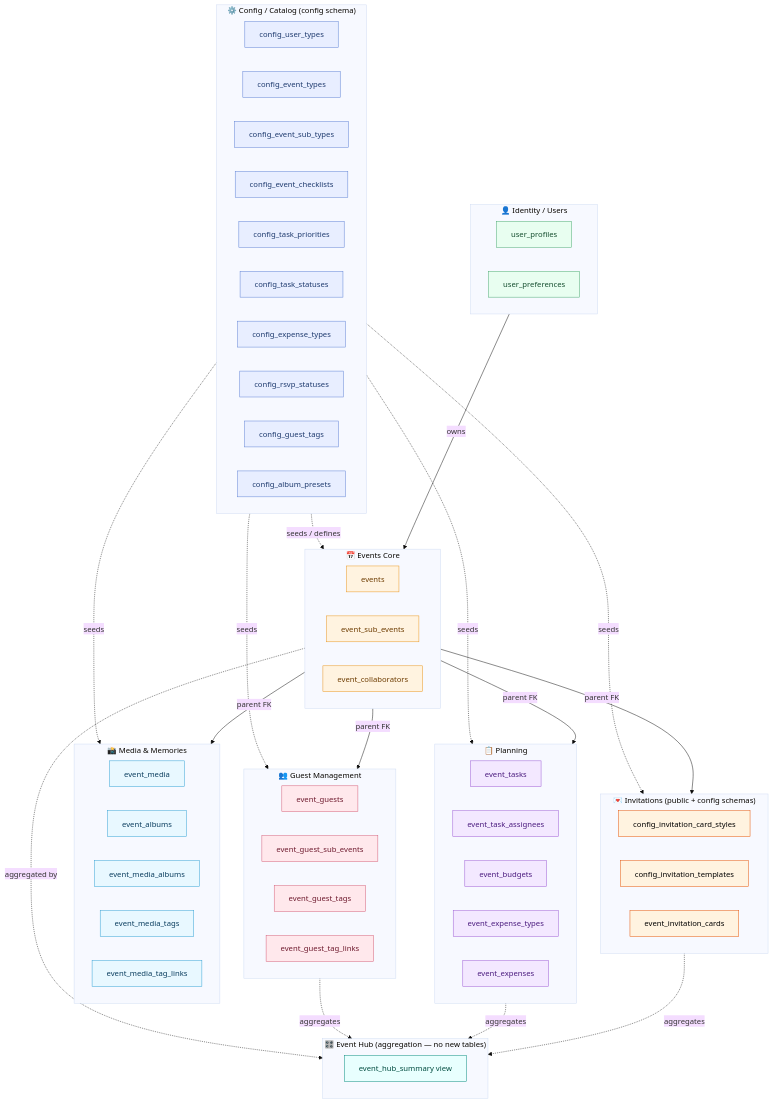
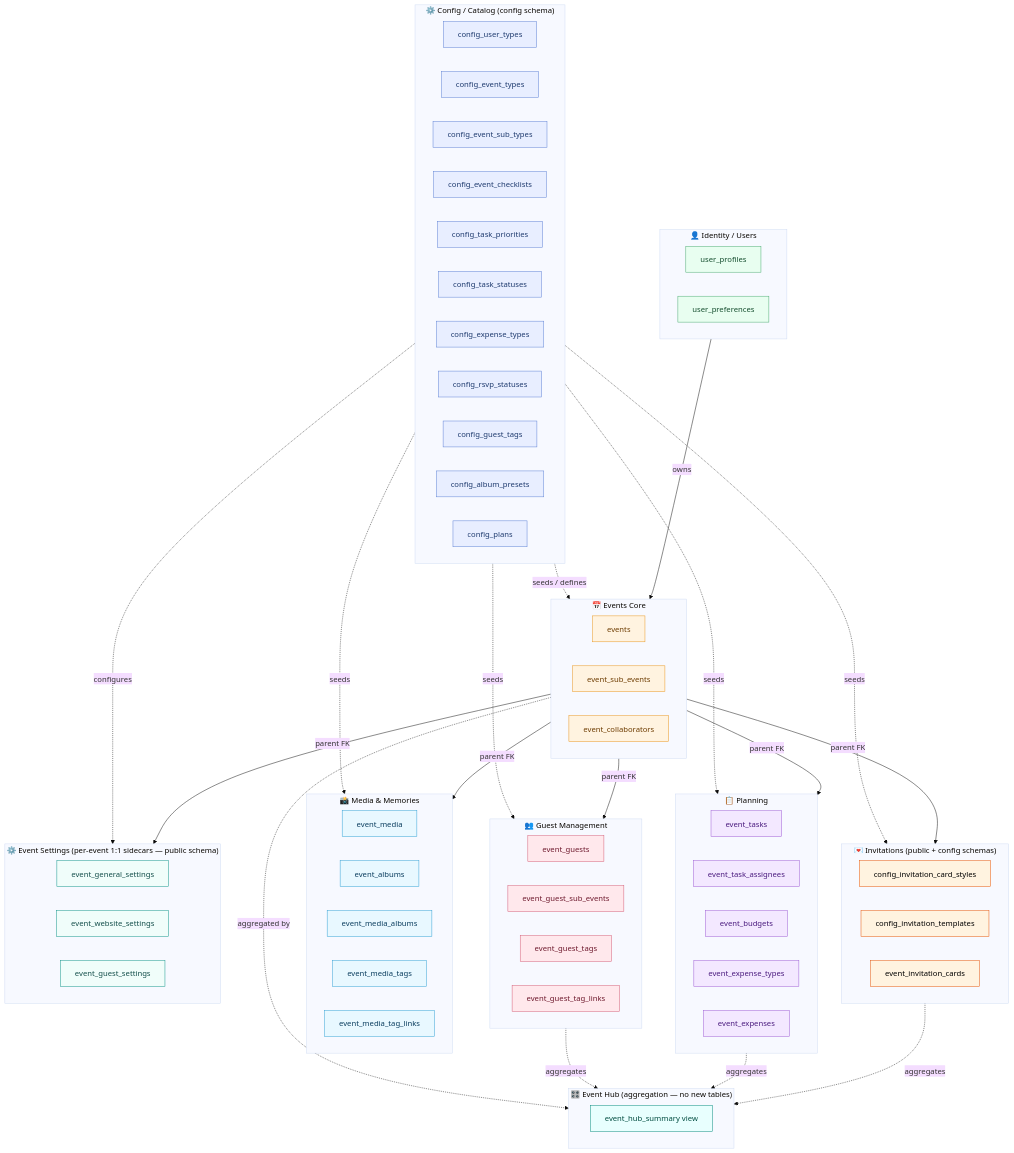
The first of 6 diagrams in docs/data-model/ERD.md (evenzi-official/Evenzi), drawn with Mermaid (base theme) before and after one commit. The commit also changed other lines of this file and 1 other file, not shown here.

First line of the commit message:
docs(data-model): add Event Settings tables to ERD (D40-D48)

````diff
--- a/docs/data-model/ERD.md
+++ b/docs/data-model/ERD.md
@@ -23,6 +23,7 @@
     CRS[config_rsvp_statuses]
     CGT[config_guest_tags]
     CAP[config_album_presets]
+    CP[config_plans]
   end
 
   subgraph USR["👤 Identity / Users"]
@@ -69,16 +70,24 @@
     EHS[event_hub_summary view]
   end
 
+  subgraph SETT["⚙️ Event Settings  (per-event 1:1 sidecars — public schema)"]
+    EGS[event_general_settings]
+    EWS[event_website_settings]
+    EGST[event_guest_settings]
+  end
+
   CFG -. "seeds / defines" .-> CORE
   CFG -. "seeds" .-> PLN
   CFG -. "seeds" .-> GST
   CFG -. "seeds" .-> MED
   CFG -. "seeds" .-> INV
+  CFG -. "configures" .-> SETT
   USR -- "owns" --> CORE
   CORE -- "parent FK" --> PLN
   CORE -- "parent FK" --> GST
   CORE -- "parent FK" --> MED
   CORE -- "parent FK" --> INV
+  CORE -- "parent FK" --> SETT
   CORE -. "aggregated by" .-> HUB
   GST -. "aggregates" .-> HUB
   PLN -. "aggregates" .-> HUB
@@ -92,8 +101,9 @@
   classDef med fill:#e8f8ff,stroke:#2e9fd4,color:#0a3d5e;
   classDef inv fill:#fff3e0,stroke:#e65100,color:#000;
   classDef hub fill:#e8fffe,stroke:#00897b,color:#004d40;
+  classDef sett fill:#f0fdfa,stroke:#0d9488,color:#134e4a;
 
-  class CUT,CET,CEST,CEC,CTP,CTS,CEXT,CRS,CGT,CAP cfg;
+  class CUT,CET,CEST,CEC,CTP,CTS,CEXT,CRS,CGT,CAP,CP cfg;
   class UP,UPR usr;
   class E,ESE,EC core;
   class ET,ETA,EB,EXPT,EXP pln;
@@ -101,4 +111,5 @@
   class EM,EA,EMA,EMT,EMTL med;
   class CIS,CIT,EIC inv;
   class EHS hub;
+  class EGS,EWS,EGST sett;
 ```
````
